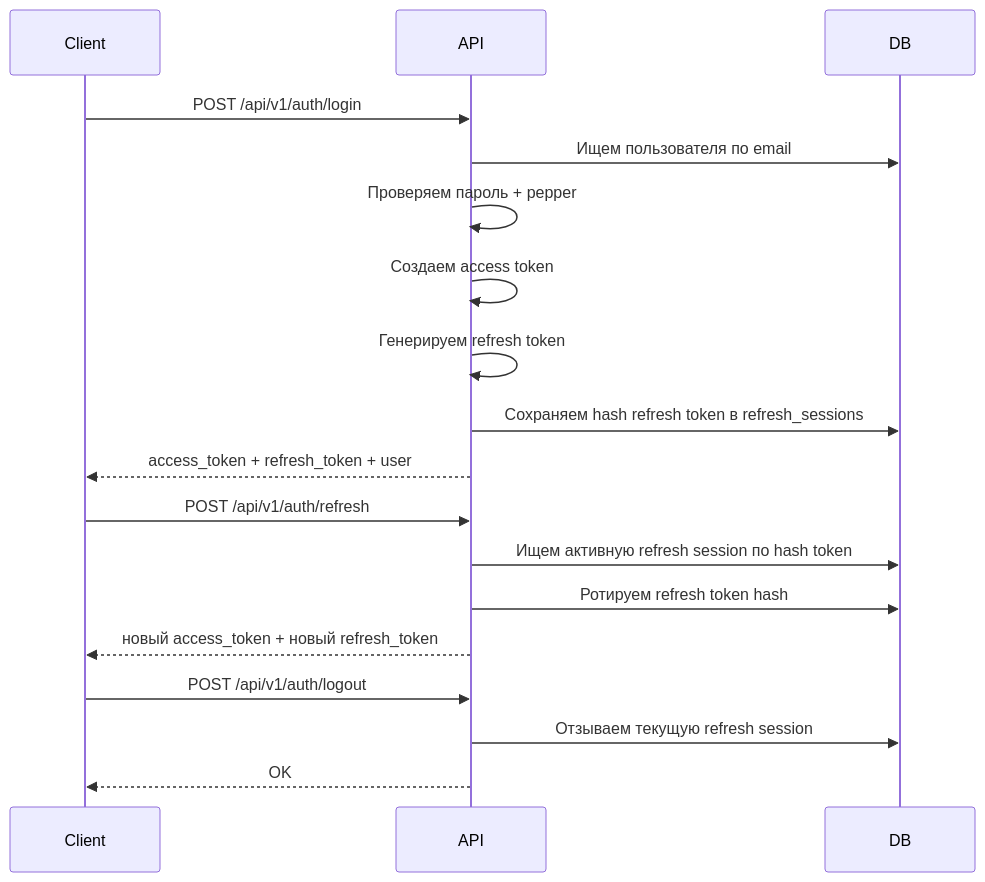
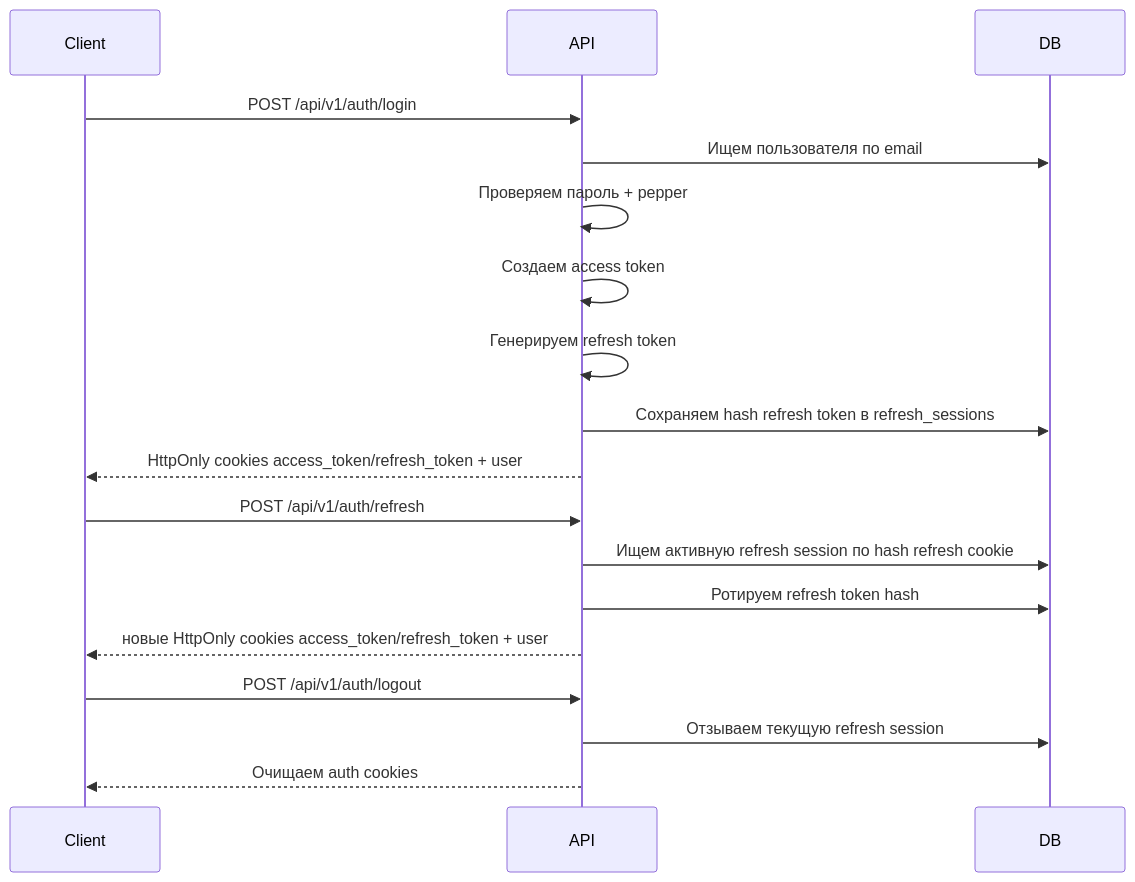
Before and after one commit to SHILOP0P/CallLens: the third of 3 diagrams in Monolit/README.md, drawn with Mermaid. The commit also changed other lines of this file and 34 other files, not shown here.

Commit message:
Add cookie auth and OpenRouter analysis flow

````diff
--- a/Monolit/README.md
+++ b/Monolit/README.md
@@ -193,23 +194,23 @@
 ```mermaid
 sequenceDiagram
     participant Client
     participant API
     participant DB
 
     Client->>API: POST /api/v1/auth/login
     API->>DB: Ищем пользователя по email
     API->>API: Проверяем пароль + pepper
     API->>API: Создаем access token
     API->>API: Генерируем refresh token
     API->>DB: Сохраняем hash refresh token в refresh_sessions
-    API-->>Client: access_token + refresh_token + user
+    API-->>Client: HttpOnly cookies access_token/refresh_token + user
 
     Client->>API: POST /api/v1/auth/refresh
-    API->>DB: Ищем активную refresh session по hash token
+    API->>DB: Ищем активную refresh session по hash refresh cookie
     API->>DB: Ротируем refresh token hash
-    API-->>Client: новый access_token + новый refresh_token
+    API-->>Client: новые HttpOnly cookies access_token/refresh_token + user
 
     Client->>API: POST /api/v1/auth/logout
     API->>DB: Отзываем текущую refresh session
-    API-->>Client: OK
+    API-->>Client: Очищаем auth cookies
 ```
````
